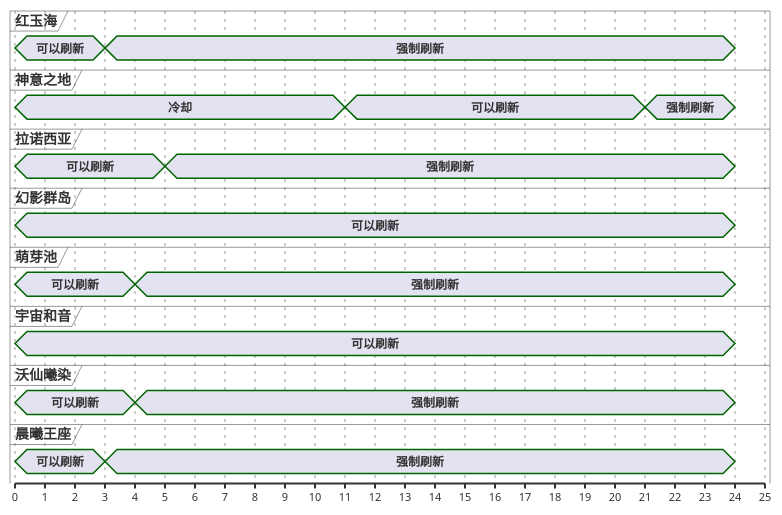
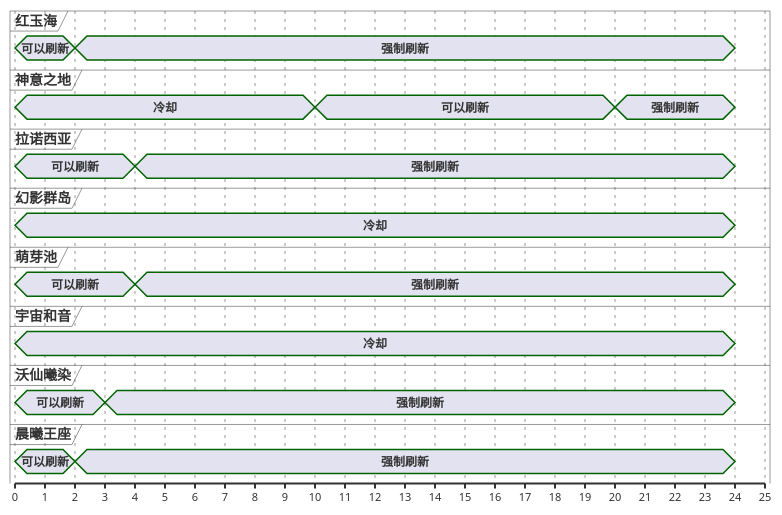
The first of 13 diagrams in ffxiv/hunt/2.0/Nunyunuwi.md (Eroleice/doc-pi), drawn with PlantUML before and after one commit. The commit also changed other lines of this file and 38 other files, not shown here.

````diff
--- a/ffxiv/hunt/2.0/Nunyunuwi.md
+++ b/ffxiv/hunt/2.0/Nunyunuwi.md
@@ -33,56 +33,54 @@
 ```plantuml
 @startuml
 scale 1 as 30 pixels
 
 concise 红玉海
 concise 神意之地
 concise 拉诺西亚
 concise 幻影群岛
 concise 萌芽池
 concise 宇宙和音
 concise 沃仙曦染
 concise 晨曦王座
 
-@宇宙和音
-0 is 可以刷新
-0 is 强制刷新
-24 is {hidden}
-
-@幻影群岛
-0 is 可以刷新
-0 is 强制刷新
-24 is {hidden}
-
 @红玉海
 0 is 可以刷新
-3 is 强制刷新
+2 is 强制刷新
 24 is {hidden}
 
 @晨曦王座
 0 is 可以刷新
-3 is 强制刷新
+2 is 强制刷新
 24 is {hidden}
 
 @沃仙曦染
 0 is 可以刷新
-4 is 强制刷新
+3 is 强制刷新
 24 is {hidden}
 
 @萌芽池
 0 is 可以刷新
 4 is 强制刷新
 24 is {hidden}
 
 @拉诺西亚
 0 is 可以刷新
-5 is 强制刷新
+4 is 强制刷新
 24 is {hidden}
 
 @神意之地
 0 is 冷却
-11 is 可以刷新
-21 is 强制刷新
+10 is 可以刷新
+20 is 强制刷新
+24 is {hidden}
+
+@宇宙和音
+0 is 冷却
+24 is {hidden}
+
+@幻影群岛
+0 is 冷却
 24 is {hidden}
 
 @enduml
 ```
````
